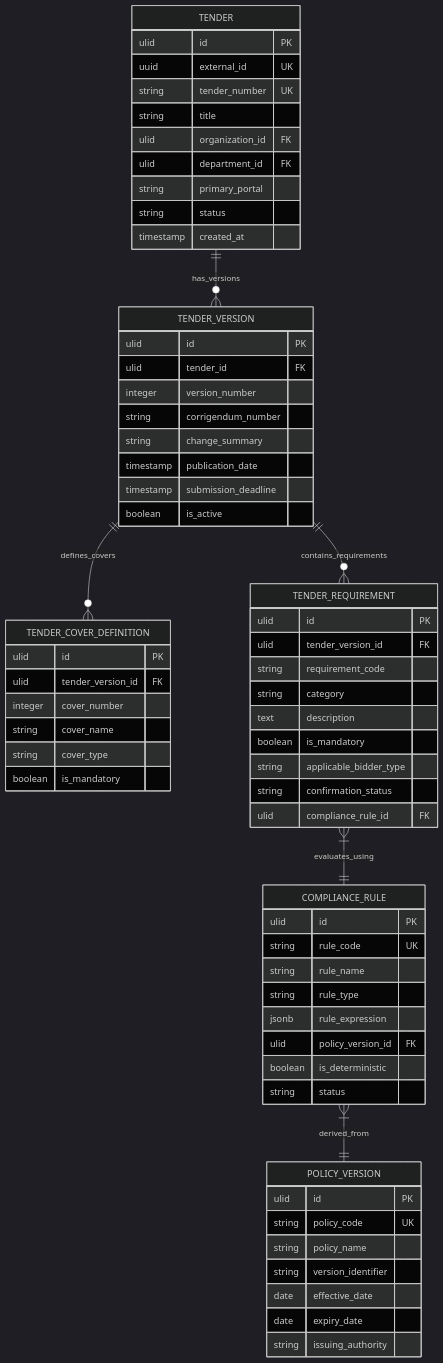
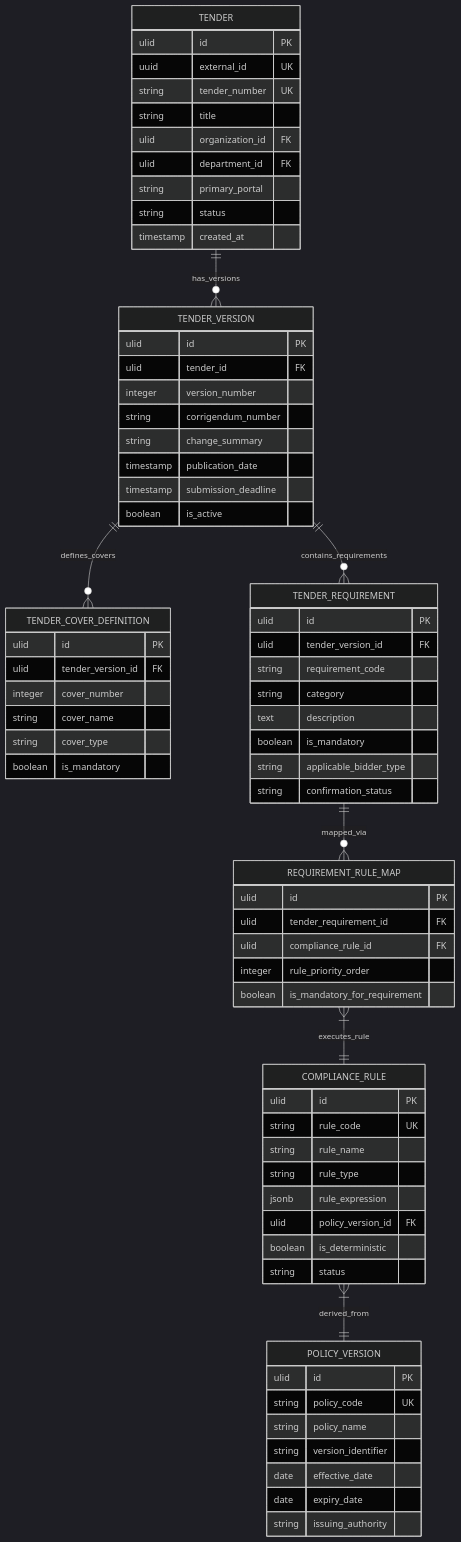
One commit to adityapaithankar25uml-debug/sih26100-bid-compliance changed the second of 5 diagrams in docs/PHASE_1_ERD.md. Above: the diagram before and after it, drawn with Mermaid (dark theme). The commit also changed other lines of this file and 7 other files, not shown here.

````diff
--- a/docs/PHASE_1_ERD.md
+++ b/docs/PHASE_1_ERD.md
@@ -76,73 +78,81 @@
 ```mermaid
 erDiagram
     TENDER {
         ulid id PK
         uuid external_id UK
         string tender_number UK
         string title
         ulid organization_id FK
         ulid department_id FK
         string primary_portal
         string status
         timestamp created_at
     }
 
     TENDER_VERSION {
         ulid id PK
         ulid tender_id FK
         integer version_number
         string corrigendum_number
         string change_summary
         timestamp publication_date
         timestamp submission_deadline
         boolean is_active
     }
 
     TENDER_COVER_DEFINITION {
         ulid id PK
         ulid tender_version_id FK
         integer cover_number
         string cover_name
         string cover_type
         boolean is_mandatory
     }
 
     TENDER_REQUIREMENT {
         ulid id PK
         ulid tender_version_id FK
         string requirement_code
         string category
         text description
         boolean is_mandatory
         string applicable_bidder_type
         string confirmation_status
+    }
+
+    REQUIREMENT_RULE_MAP {
+        ulid id PK
+        ulid tender_requirement_id FK
         ulid compliance_rule_id FK
+        integer rule_priority_order
+        boolean is_mandatory_for_requirement
     }
 
     COMPLIANCE_RULE {
         ulid id PK
         string rule_code UK
         string rule_name
         string rule_type
         jsonb rule_expression
         ulid policy_version_id FK
         boolean is_deterministic
         string status
     }
 
     POLICY_VERSION {
         ulid id PK
         string policy_code UK
         string policy_name
         string version_identifier
         date effective_date
         date expiry_date
         string issuing_authority
     }
 
     TENDER ||--o{ TENDER_VERSION : "has_versions"
     TENDER_VERSION ||--o{ TENDER_COVER_DEFINITION : "defines_covers"
     TENDER_VERSION ||--o{ TENDER_REQUIREMENT : "contains_requirements"
-    TENDER_REQUIREMENT }|--|| COMPLIANCE_RULE : "evaluates_using"
+    TENDER_REQUIREMENT ||--o{ REQUIREMENT_RULE_MAP : "mapped_via"
+    REQUIREMENT_RULE_MAP }|--|| COMPLIANCE_RULE : "executes_rule"
     COMPLIANCE_RULE }|--|| POLICY_VERSION : "derived_from"
 ```
````
